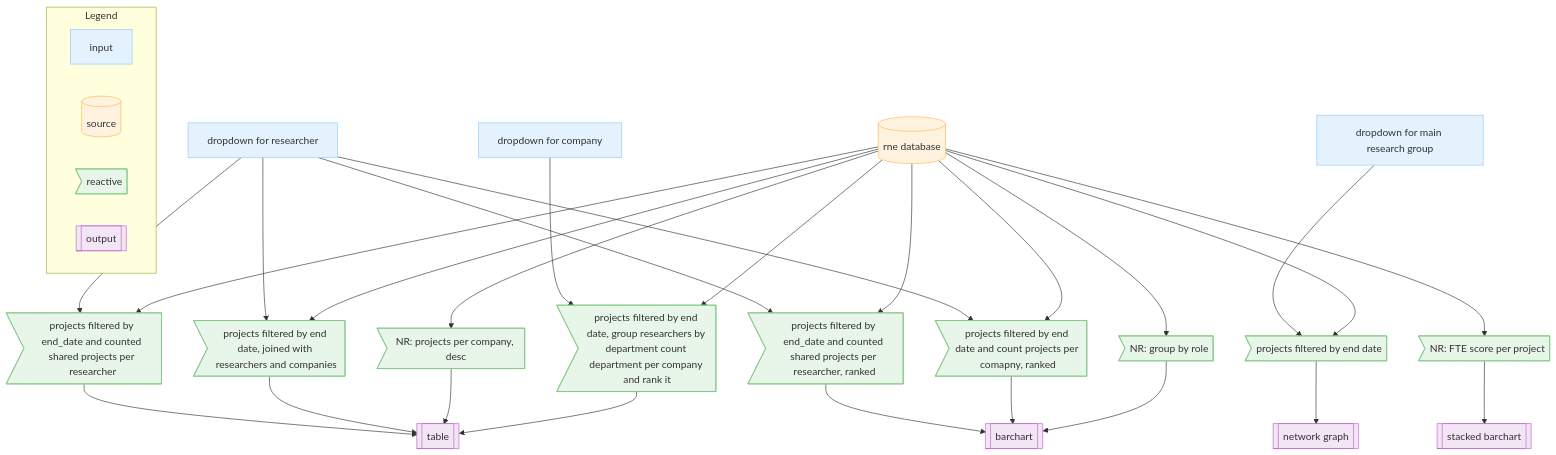
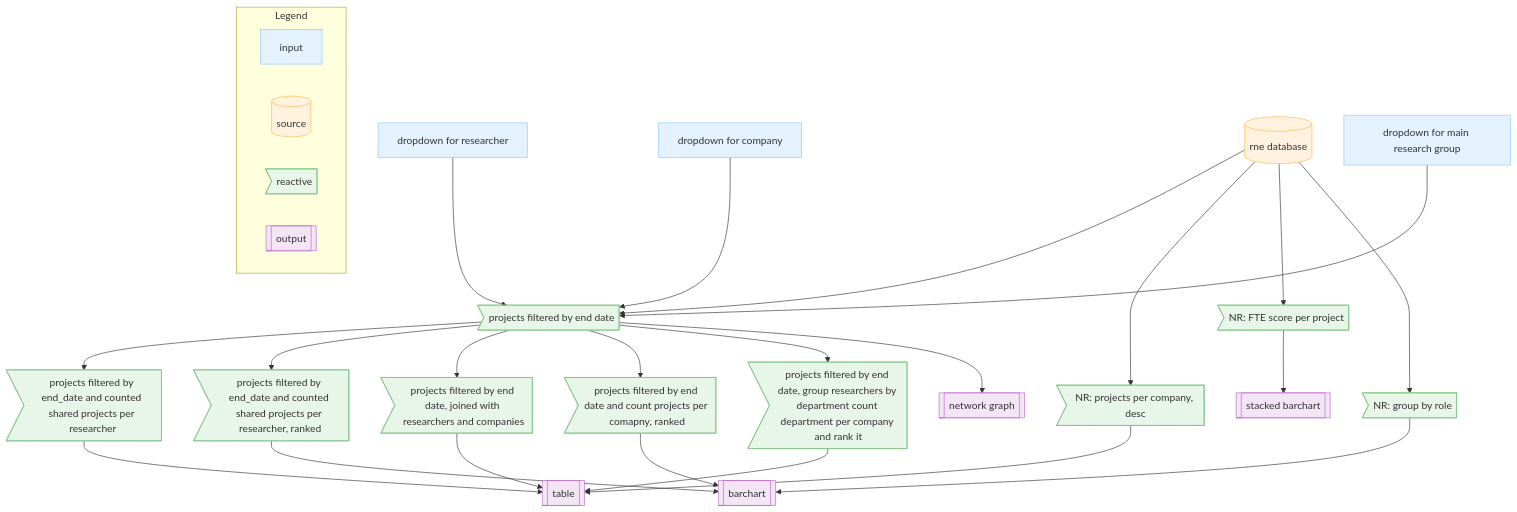
One commit to ihno999/ReE_group1 changed the diagram in theory/mermaid/example_flowchart_mermaid.mmd. Above: the diagram before and after it, drawn with Mermaid.

Commit message:
feature: v2 mermaid.

```diff
--- a/theory/mermaid/example_flowchart_mermaid.mmd
+++ b/theory/mermaid/example_flowchart_mermaid.mmd
@@ -1,85 +1,82 @@
 flowchart TD
-  %% ===============================
-  %% K-means Clustering on Iris Data
-  %% ===============================
+%% ===============================
+%% K-means Clustering on Iris Data
+%% ===============================
 
-  %% Inputs
+%% Inputs
 %%  A[Select X variable]:::input
 %%  B[Select Y variable]:::input
 %%  C[Select number of clusters]:::input
-  dropdownResearcher[dropdown for researcher]:::input
-  dropdownCompany[dropdown for company]:::input
-  dropdownMainResearchGroup[dropdown for main research group]:::input
+    dropdownResearcher[dropdown for researcher]:::input
+    dropdownCompany[dropdown for company]:::input
+    dropdownMainResearchGroup[dropdown for main research group]:::input
 
-  %% Source
+%% Source
 %%  D[(iris dataset)]:::source
-  rneDatabase[(rne database)]:::source
+    rneDatabase[(rne database)]:::source
 
-  %% Reactives
+%% Reactives
 %%  E>subset: iris, input$xvar, input$yvar]:::reactive
 %%  F>kmeans, centers = input$clusters]:::reactive
+    projectsFilteredByEndDate>projects filtered by end date]:::reactive
+
     BQ2A1_projectsFilteredByEndDateAndCountSharedProjects>projects filtered by end_date and counted shared projects per researcher]:::reactive
     BQ2A2_projectsFilteredByEndDateAndCountSharedProjectsAndRankIt>projects filtered by end_date and counted shared projects per researcher, ranked]:::reactive
 
     BQ3A1_projectsFilteredByEndDateJoinWithResearchersAndCompanies>projects filtered by end date, joined with researchers and companies]:::reactive
     BQ3A2_projectsFilteredByEndDateCountProjectsPerCompanyAndRankIt>projects filtered by end date and count projects per comapny, ranked]:::reactive
 
     BQ4A1_projectsPerCompany>NR: projects per company, desc]:::reactive
 
     BQ5A1_projectsFilteredByEndDateAndGroupResearchersByDepartmentAndCountDepartmentPerCompanyAndRankIt>projects filtered by end date, group researchers by department count department per company and rank it]:::reactive
-    BQ5A2_projectsFilteredByEndDate>projects filtered by end date]:::reactive
+%%    BQ5A2_projectsFilteredByEndDate>projects filtered by end date]:::reactive
 
     BQ6A1_fteScorePerProject>NR: FTE score per project]:::reactive
     BQ6A2_groupByRole>NR: group by role]:::reactive
 
 
-  %% Output
+%% Output
 %%  G[[renderPlot: scatter plot with cluster colors]]:::output
-  stackedBarchart[[stacked barchart]]:::output
-  barchart[[barchart]]:::output
-  table[[table]]:::output
-  networkGraph[[network graph]]:::output
+    stackedBarchart[[stacked barchart]]:::output
+    barchart[[barchart]]:::output
+    table[[table]]:::output
+    networkGraph[[network graph]]:::output
 
 
 
-  %% Edges
-  dropdownResearcher --> BQ2A1_projectsFilteredByEndDateAndCountSharedProjects
-  rneDatabase --> BQ2A1_projectsFilteredByEndDateAndCountSharedProjects --> table
+%% Edges
+    rneDatabase --> projectsFilteredByEndDate
+    dropdownResearcher --> projectsFilteredByEndDate
+    dropdownCompany --> projectsFilteredByEndDate
 
-  dropdownResearcher --> BQ2A2_projectsFilteredByEndDateAndCountSharedProjectsAndRankIt
-  rneDatabase --> BQ2A2_projectsFilteredByEndDateAndCountSharedProjectsAndRankIt --> barchart
+    projectsFilteredByEndDate --> BQ2A1_projectsFilteredByEndDateAndCountSharedProjects --> table
+    projectsFilteredByEndDate --> BQ2A2_projectsFilteredByEndDateAndCountSharedProjectsAndRankIt --> barchart
+    projectsFilteredByEndDate --> BQ3A1_projectsFilteredByEndDateJoinWithResearchersAndCompanies --> table
+    projectsFilteredByEndDate --> BQ3A2_projectsFilteredByEndDateCountProjectsPerCompanyAndRankIt --> barchart
 
-  dropdownResearcher --> BQ3A1_projectsFilteredByEndDateJoinWithResearchersAndCompanies
-  rneDatabase --> BQ3A1_projectsFilteredByEndDateJoinWithResearchersAndCompanies --> table
+    rneDatabase --> BQ4A1_projectsPerCompany --> table
 
-  dropdownResearcher --> BQ3A2_projectsFilteredByEndDateCountProjectsPerCompanyAndRankIt
-  rneDatabase --> BQ3A2_projectsFilteredByEndDateCountProjectsPerCompanyAndRankIt --> barchart
+    projectsFilteredByEndDate --> BQ5A1_projectsFilteredByEndDateAndGroupResearchersByDepartmentAndCountDepartmentPerCompanyAndRankIt --> table
 
-  rneDatabase --> BQ4A1_projectsPerCompany --> table
+    dropdownMainResearchGroup --> projectsFilteredByEndDate --> networkGraph
 
-  dropdownCompany --> BQ5A1_projectsFilteredByEndDateAndGroupResearchersByDepartmentAndCountDepartmentPerCompanyAndRankIt
-  rneDatabase --> BQ5A1_projectsFilteredByEndDateAndGroupResearchersByDepartmentAndCountDepartmentPerCompanyAndRankIt --> table
+    rneDatabase --> BQ6A1_fteScorePerProject --> stackedBarchart
+    rneDatabase --> BQ6A2_groupByRole --> barchart
 
-  dropdownMainResearchGroup --> BQ5A2_projectsFilteredByEndDate
-  rneDatabase --> BQ5A2_projectsFilteredByEndDate --> networkGraph
+%% Legend
+    subgraph Legend
+        L1[input]
+        L2[(source)]
+        L3>reactive]
+        L4[[output]]
+        class L1 input
+        class L2 source
+        class L3 reactive
+        class L4 output
+    end
 
-  rneDatabase --> BQ6A1_fteScorePerProject --> stackedBarchart
-  rneDatabase --> BQ6A2_groupByRole --> barchart
-
-  %% Legend
-  subgraph Legend
-    L1[input]
-    L2[(source)]
-    L3>reactive]
-    L4[[output]]
-    class L1 input
-    class L2 source
-    class L3 reactive
-    class L4 output
-  end
-
-  %% Class Definitions
-  classDef input fill:#E3F2FD,stroke:#90CAF9
-  classDef source fill:#FFF3E0,stroke:#FFB74D
-  classDef reactive fill:#E8F5E9,stroke:#81C784
-  classDef output fill:#F3E5F5,stroke:#BA68C8
+%% Class Definitions
+    classDef input fill:#E3F2FD,stroke:#90CAF9
+    classDef source fill:#FFF3E0,stroke:#FFB74D
+    classDef reactive fill:#E8F5E9,stroke:#81C784
+    classDef output fill:#F3E5F5,stroke:#BA68C8
```
